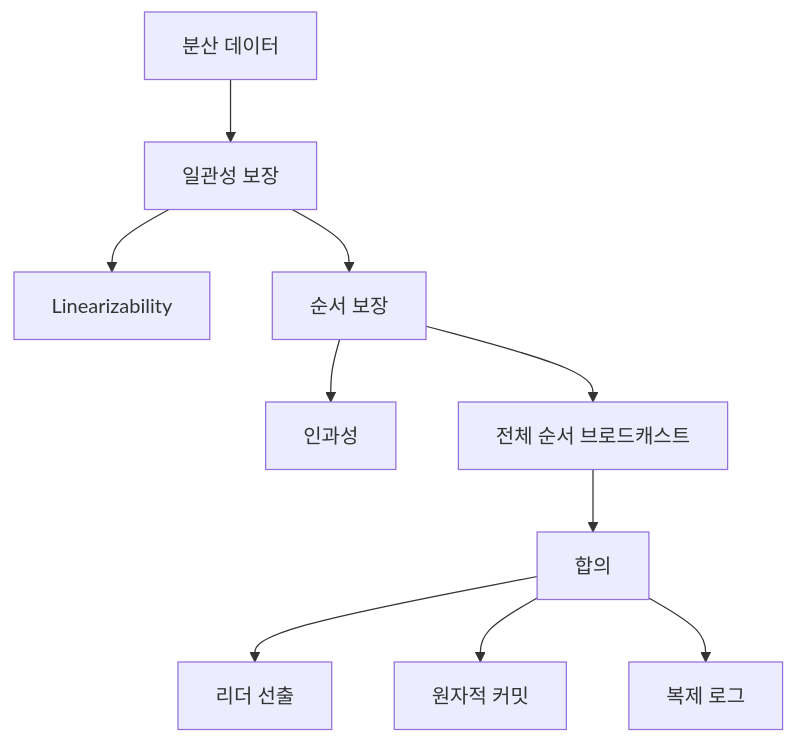
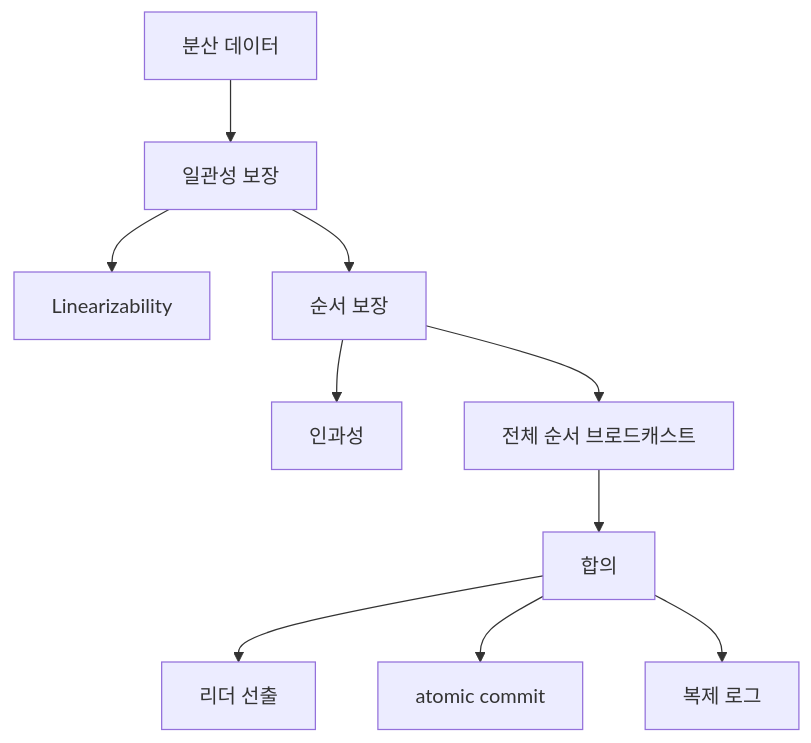
One commit to currenjin/currenjin.github.io changed the ninth of 12 diagrams in _wiki/designing-data-intensive-applications.md. Above: the diagram before and after it, drawn with Mermaid. The commit also changed other lines of this file, not shown here.

````diff
--- a/_wiki/designing-data-intensive-applications.md
+++ b/_wiki/designing-data-intensive-applications.md
@@ -1101,12 +1101,12 @@
 ```mermaid
 flowchart TD
   A["분산 데이터"] --> B["일관성 보장"]
   B --> C["Linearizability"]
   B --> D["순서 보장"]
   D --> E["인과성"]
   D --> F["전체 순서 브로드캐스트"]
   F --> G["합의"]
   G --> H["리더 선출"]
-  G --> I["원자적 커밋"]
+  G --> I["atomic commit"]
   G --> J["복제 로그"]
 ```
````
